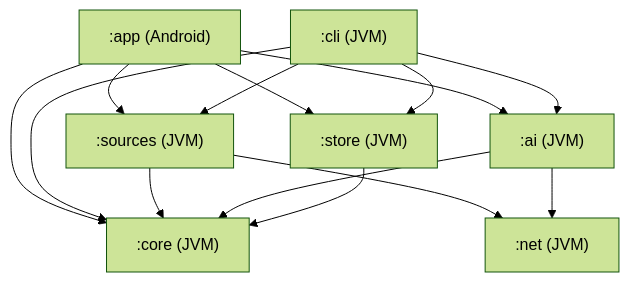
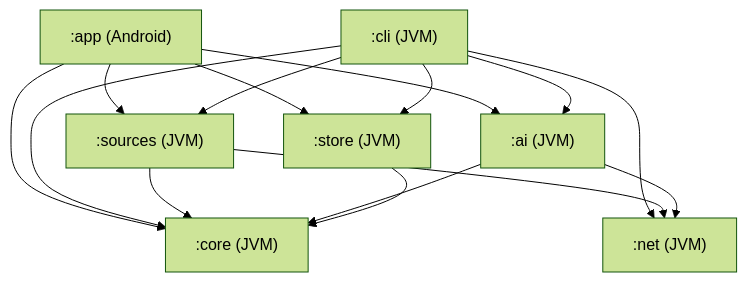
One commit to wkusnierczyk/sleevesight changed the first of 2 diagrams in design/architecture.md. Above: the diagram before and after it, drawn with Mermaid (forest theme). The commit also changed other lines of this file and 401 other files, not shown here.

````diff
--- a/design/architecture.md
+++ b/design/architecture.md
@@ -78,18 +78,19 @@
 ```mermaid
 flowchart TD
   app[":app (Android)"] --> core
   app --> sources
   app --> ai
   app --> store
   cli[":cli (JVM)"] --> core
   cli --> sources
   cli --> ai
   cli --> store
+  cli --> net
   sources[":sources (JVM)"] --> core
   sources --> net
   ai[":ai (JVM)"] --> core
   ai --> net
   store[":store (JVM)"] --> core
   net[":net (JVM)"]
   core[":core (JVM)"]
 ```
````
